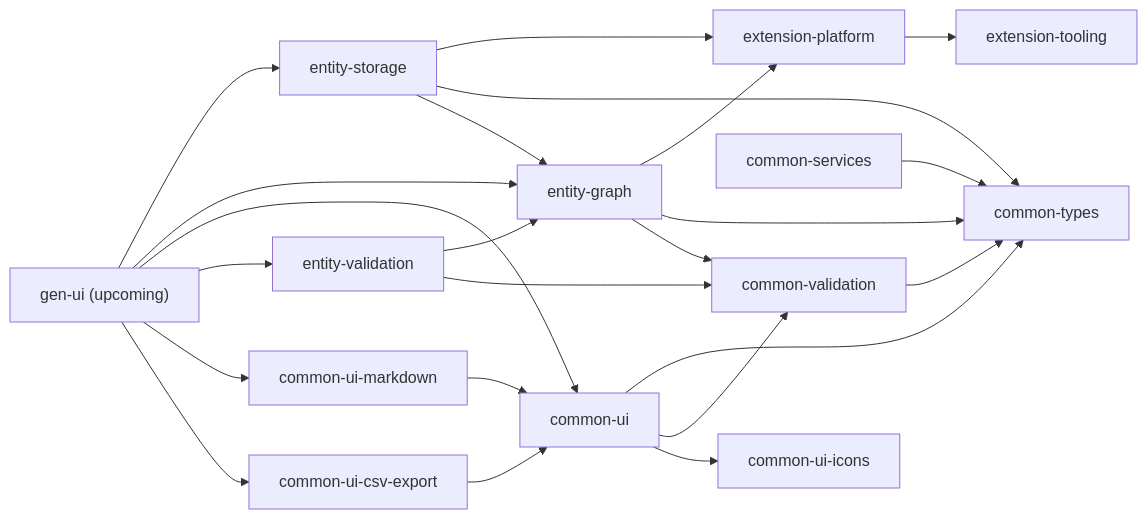
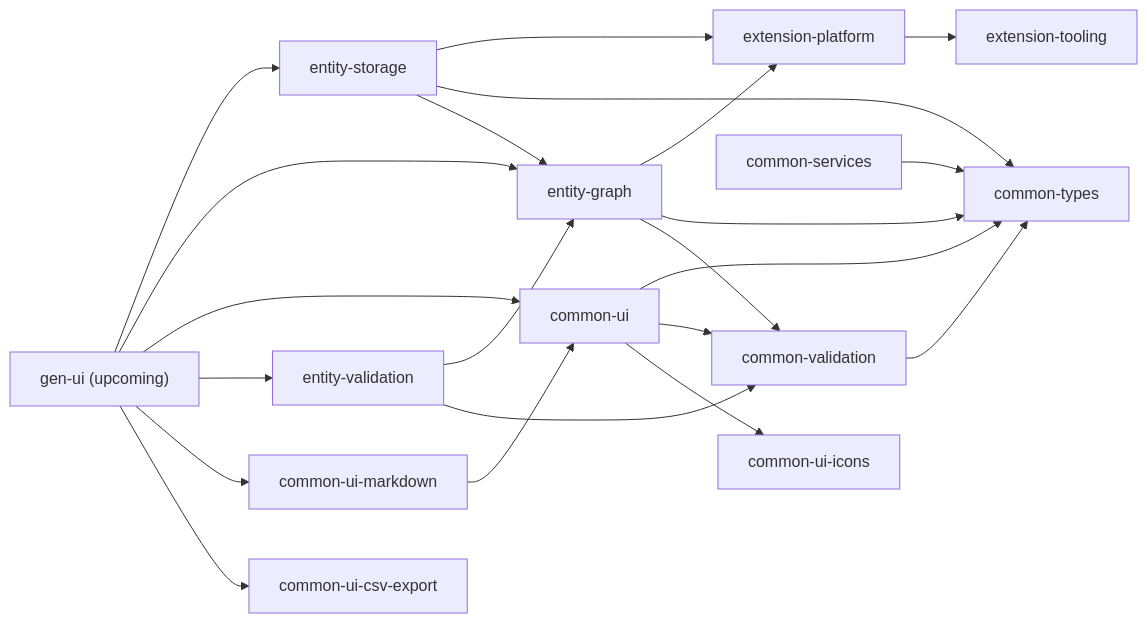
One commit to seij-net/seij-commons-js changed the diagram in README.md. Above: the diagram before and after it, drawn with Mermaid.

Commit message:
[doc] dependencies schema

````diff
--- a/README.md
+++ b/README.md
@@ -17,46 +17,46 @@
 ```mermaid
 flowchart LR
   ExtensionPlatform[extension-platform]
   ExtensionTooling[extension-tooling]
   CommonTypes[common-types]
   CommonValidation[common-validation]
   CommonServices[common-services]
   CommonUI[common-ui]
   CommonUIIcons[common-ui-icons]
   CommonMarkdown[common-ui-markdown]
   CommonCsv[common-ui-csv-export]
   EntityGraph[entity-graph]
   EntityStorage[entity-storage]
   EntityValidation[entity-validation]
   GenUI["gen-ui (upcoming)"]
 
   ExtensionPlatform --> ExtensionTooling
   CommonValidation --> CommonTypes
   CommonServices --> CommonTypes
 
   EntityGraph --> ExtensionPlatform
   EntityGraph --> CommonTypes
   EntityGraph --> CommonValidation
 
   EntityStorage --> ExtensionPlatform
   EntityStorage --> CommonTypes
   EntityStorage --> EntityGraph
 
   EntityValidation --> EntityGraph
   EntityValidation --> CommonValidation
 
   CommonUI --> CommonTypes
   CommonUI --> CommonValidation
   CommonUI --> CommonUIIcons
 
   CommonMarkdown --> CommonUI
-  CommonCsv --> CommonUI
+  
 
 
   GenUI --> EntityStorage
   GenUI --> EntityGraph
   GenUI --> CommonUI
   GenUI --> EntityValidation
   GenUI --> CommonMarkdown
   GenUI --> CommonCsv
 ```
````
